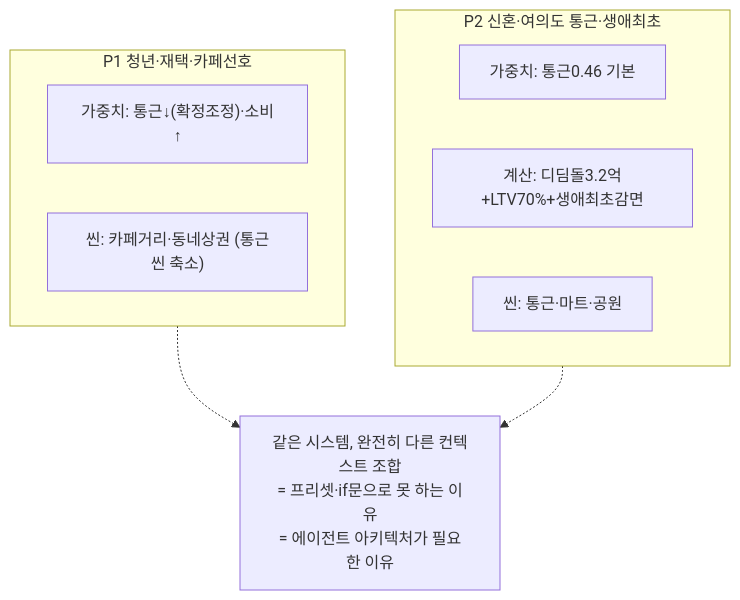
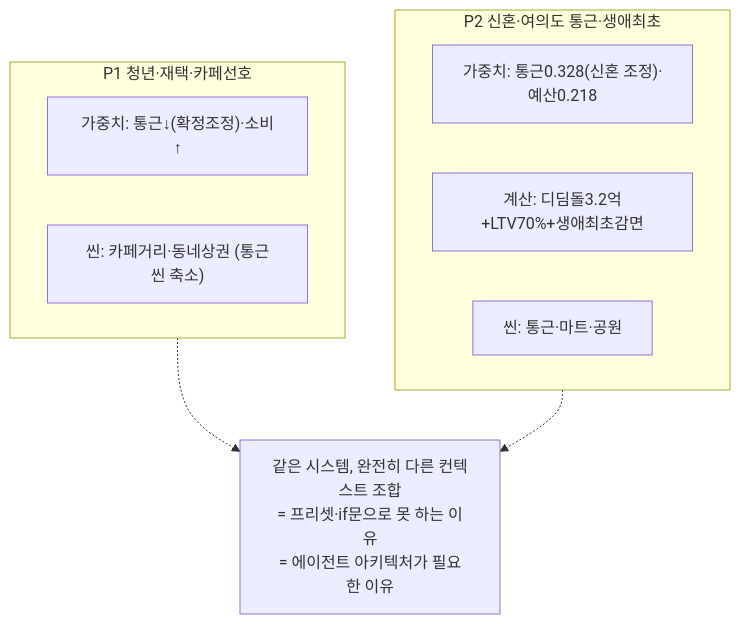
One commit to kb-manggi-zip/kb-manggi-zip changed the third of 4 diagrams in docs/서비스_E2E_아키텍처.md. Above: the diagram before and after it, drawn with Mermaid. The commit also changed other lines of this file and 9 other files, not shown here.

````diff
--- a/docs/서비스_E2E_아키텍처.md
+++ b/docs/서비스_E2E_아키텍처.md
@@ -107,15 +107,15 @@
 ```mermaid
 flowchart TB
     subgraph 사용자A["P1 청년·재택·카페선호"]
         A1["가중치: 통근↓(확정조정)·소비↑"]
         A2["씬: 카페거리·동네상권 (통근씬 축소)"]
     end
     subgraph 사용자B["P2 신혼·여의도 통근·생애최초"]
-        B1["가중치: 통근0.46 기본"]
+        B1["가중치: 통근0.328(신혼 조정)·예산0.218"]
         B2["계산: 디딤돌3.2억+LTV70%+생애최초감면"]
         B3["씬: 통근·마트·공원"]
     end
     NOTE["같은 시스템, 완전히 다른 컨텍스트 조합<br/>= 프리셋·if문으로 못 하는 이유<br/>= 에이전트 아키텍처가 필요한 이유"]
     사용자A -.-> NOTE
     사용자B -.-> NOTE
 ```
````
